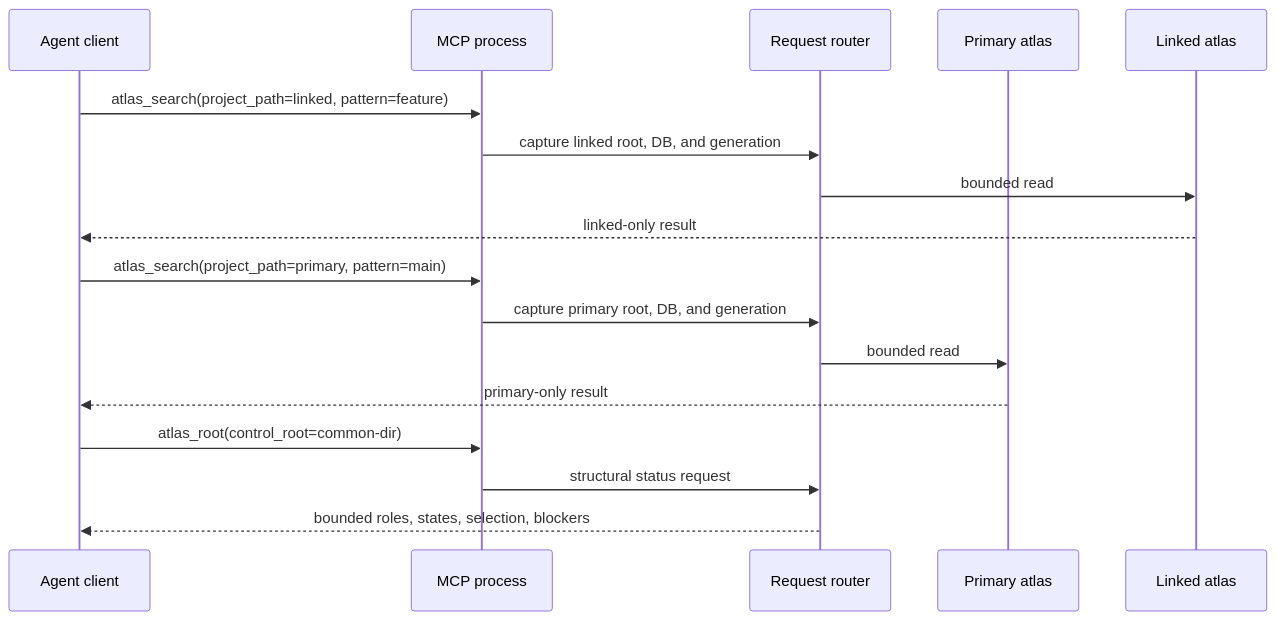
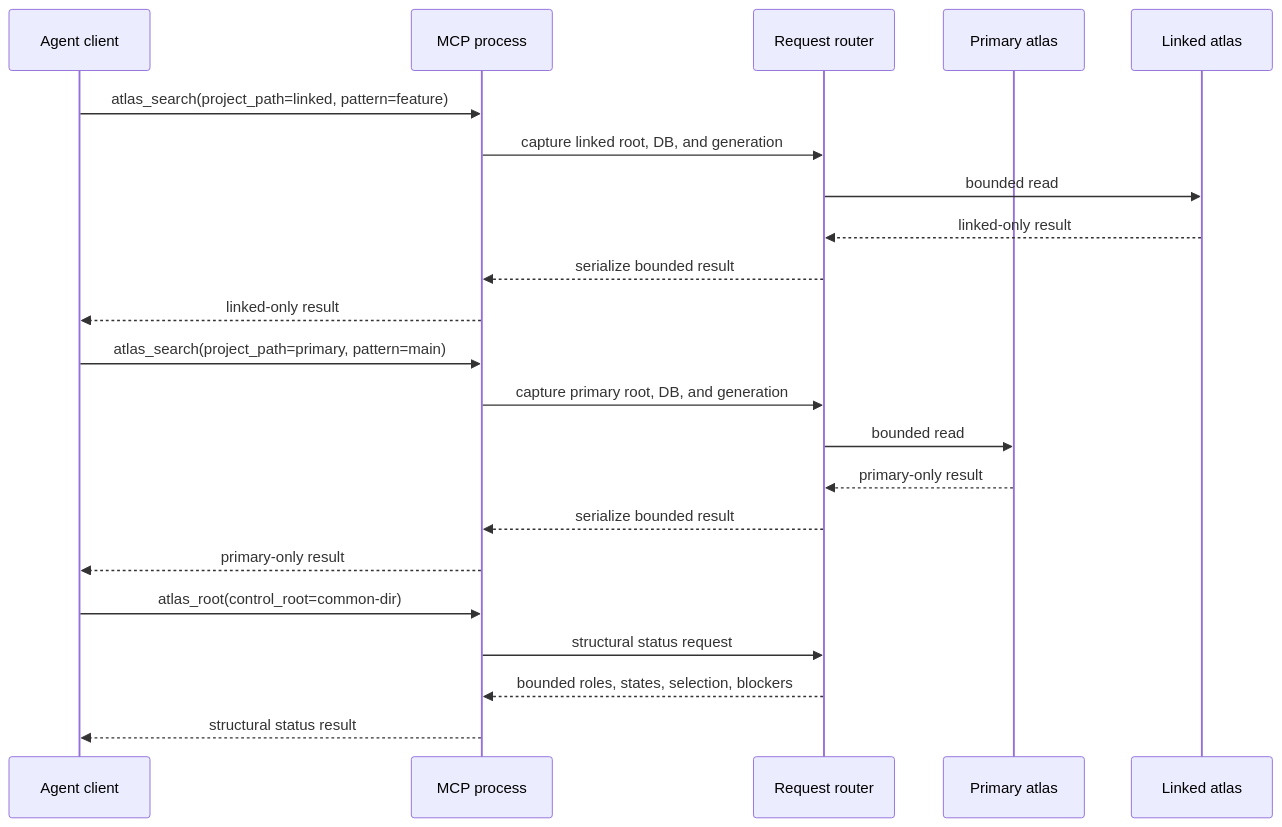
The third of 3 diagrams in docs/worktree-lifecycle.md (styler-ai/ProjectAtlas), drawn with Mermaid before and after one commit. The commit also changed 3 other files, not shown here.

````diff
--- a/docs/worktree-lifecycle.md
+++ b/docs/worktree-lifecycle.md
@@ -53,20 +53,25 @@
 ```mermaid
 sequenceDiagram
     participant A as Agent client
     participant M as MCP process
     participant R as Request router
     participant P as Primary atlas
     participant W as Linked atlas
 
     A->>M: atlas_search(project_path=linked, pattern=feature)
     M->>R: capture linked root, DB, and generation
     R->>W: bounded read
-    W-->>A: linked-only result
+    W-->>R: linked-only result
+    R-->>M: serialize bounded result
+    M-->>A: linked-only result
     A->>M: atlas_search(project_path=primary, pattern=main)
     M->>R: capture primary root, DB, and generation
     R->>P: bounded read
-    P-->>A: primary-only result
+    P-->>R: primary-only result
+    R-->>M: serialize bounded result
+    M-->>A: primary-only result
     A->>M: atlas_root(control_root=common-dir)
     M->>R: structural status request
-    R-->>A: bounded roles, states, selection, blockers
+    R-->>M: bounded roles, states, selection, blockers
+    M-->>A: structural status result
 ```
````
